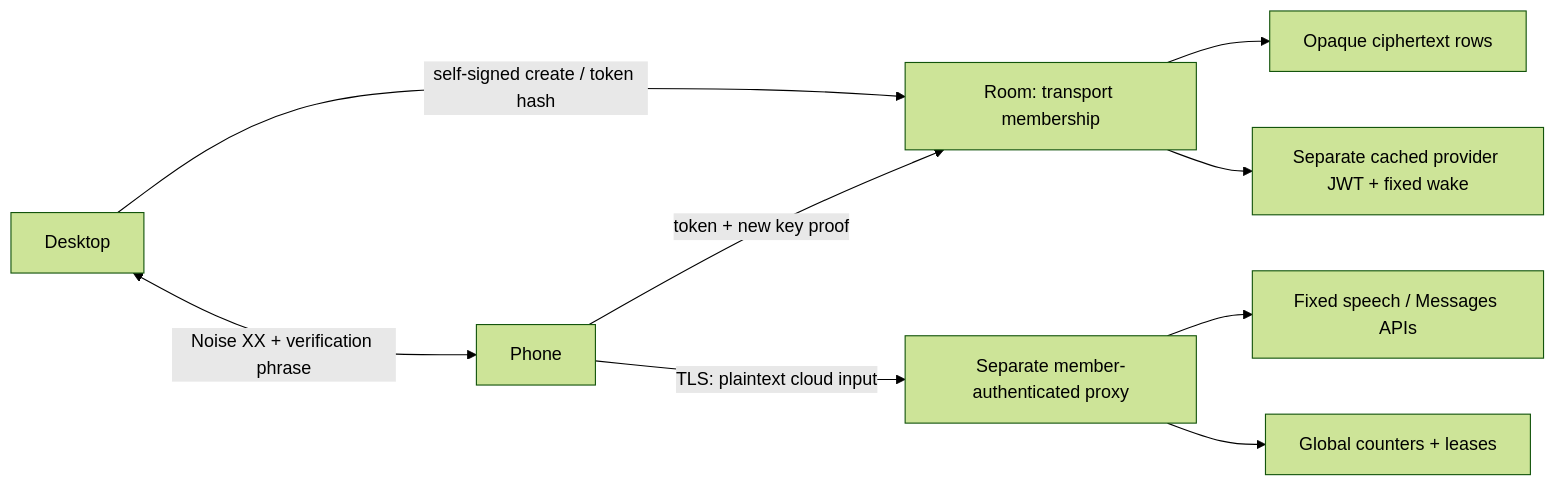
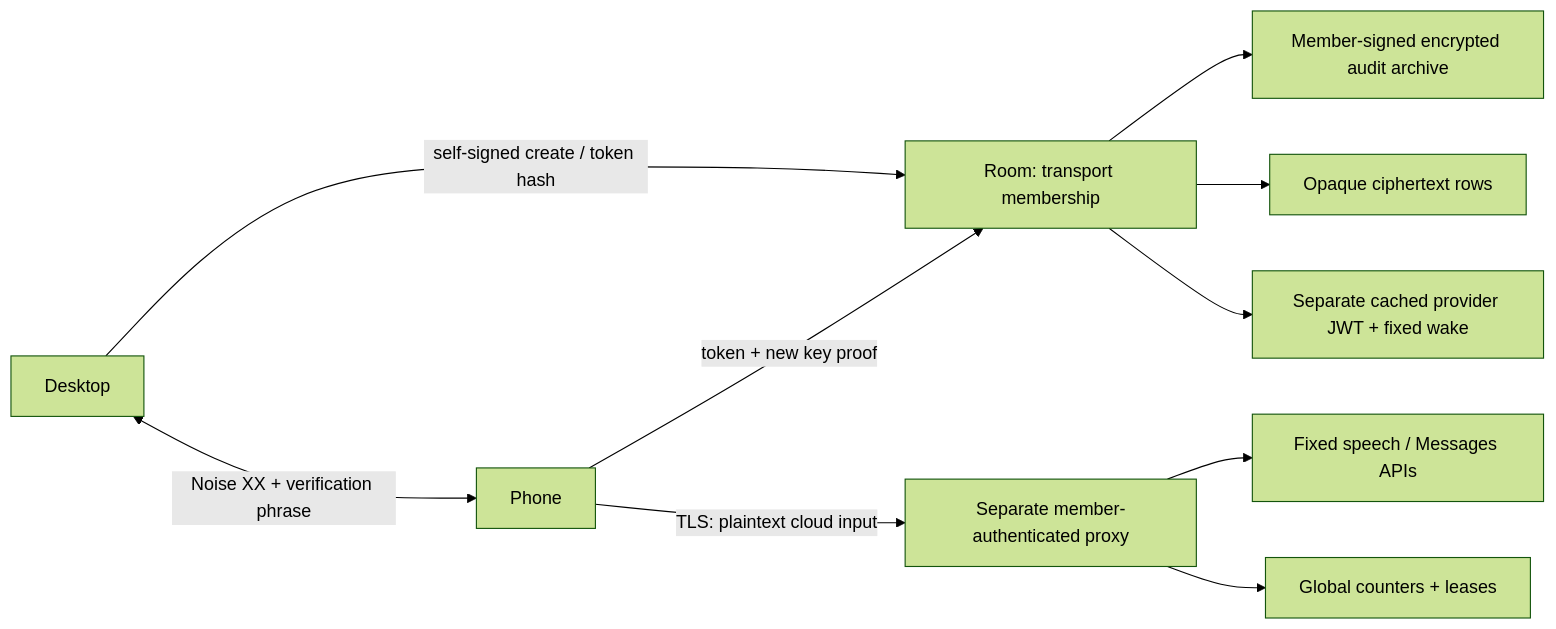
The diagram in SW/relay/SECURITY.md (Harwasch/voiceremote), drawn with Mermaid (forest theme) before and after one commit. The commit also changed other lines of this file and 39 other files, not shown here.

Commit message:
SW: encrypted audit archive and recovery

````diff
--- a/SW/relay/SECURITY.md
+++ b/SW/relay/SECURITY.md
@@ -3,11 +3,12 @@
 ```mermaid
 flowchart LR
   Desktop -->|self-signed create / token hash| Room[Room: transport membership]
   Phone -->|token + new key proof| Room
   Desktop <-->|Noise XX + verification phrase| Phone
   Phone -->|TLS: plaintext cloud input| Proxy[Separate member-authenticated proxy]
   Proxy --> Vendors[Fixed speech / Messages APIs]
   Proxy --> Budget[Global counters + leases]
+  Room --> Archive[Member-signed encrypted audit archive]
   Room --> Queue[Opaque ciphertext rows]
   Room --> Wake[Separate cached provider JWT + fixed wake]
 ```
````
